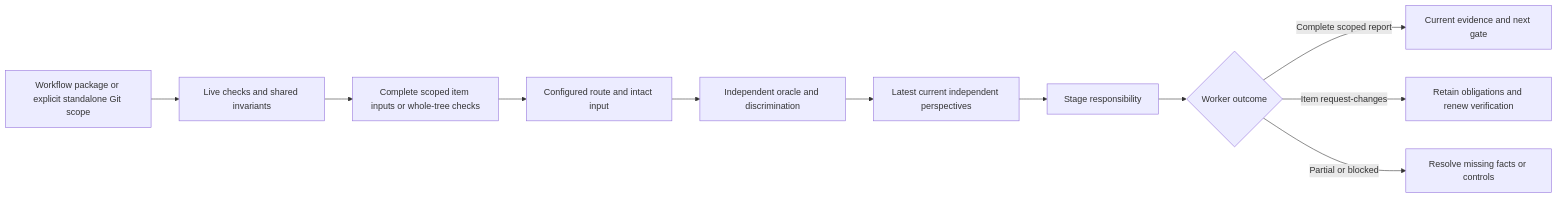
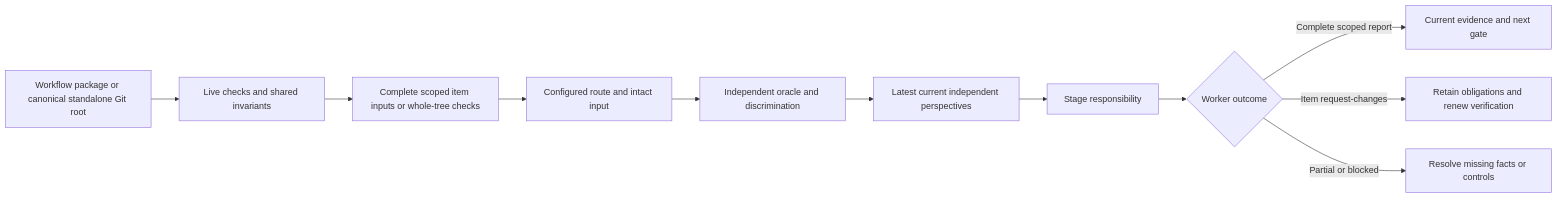
Before and after one commit to wgentil/devflow: the diagram in skills/review-work/SKILL.md, drawn with Mermaid. The commit also changed other lines of this file and 18 other files, not shown here.

Commit message:
fix: preserve standalone Git scope across Windows path and mode semantics

````diff
--- a/skills/review-work/SKILL.md
+++ b/skills/review-work/SKILL.md
@@ -18,13 +18,13 @@
 ```mermaid
 flowchart LR
-    Scope[Workflow package or explicit standalone Git scope] --> Checks[Live checks and shared invariants]
+    Scope[Workflow package or canonical standalone Git root] --> Checks[Live checks and shared invariants]
     Checks --> Inputs[Complete scoped item inputs or whole-tree checks]
     Inputs --> Model[Configured route and intact input]
     Model --> Quality[Independent oracle and discrimination]
     Quality --> Coverage[Latest current independent perspectives]
     Coverage --> Work[Stage responsibility]
     Work --> Result{Worker outcome}
     Result -->|Complete scoped report| Evidence[Current evidence and next gate]
     Result -->|Item request-changes| Retry[Retain obligations and renew verification]
     Result -->|Partial or blocked| Recover[Resolve missing facts or controls]
 ```
````
